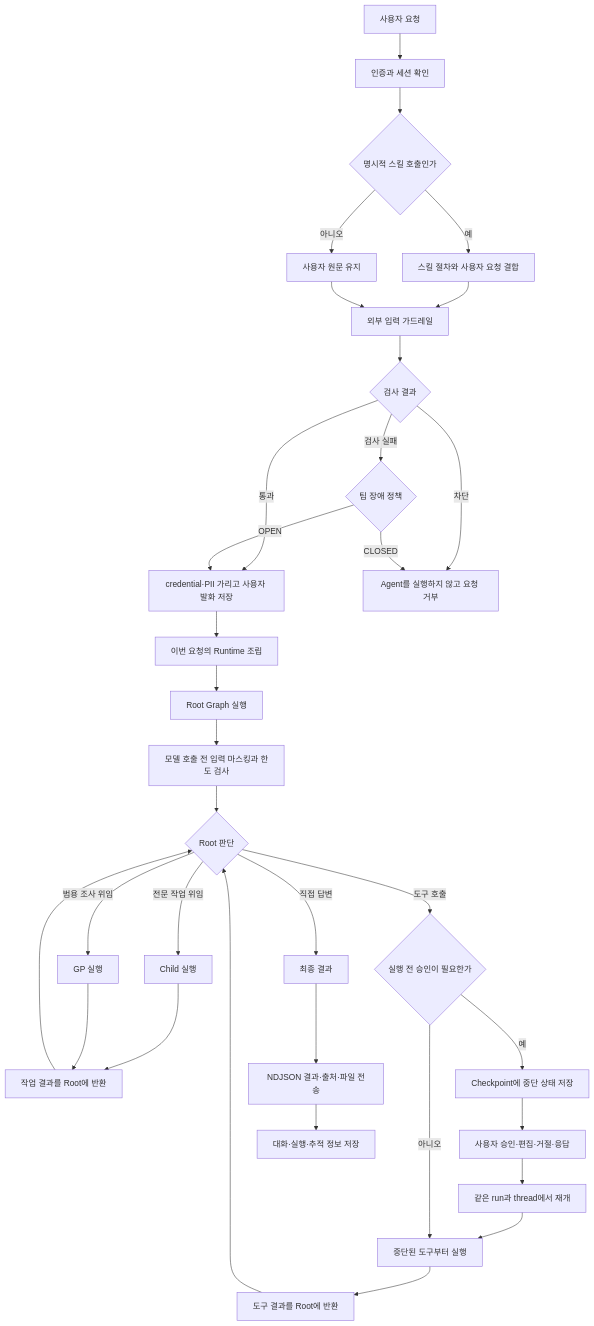
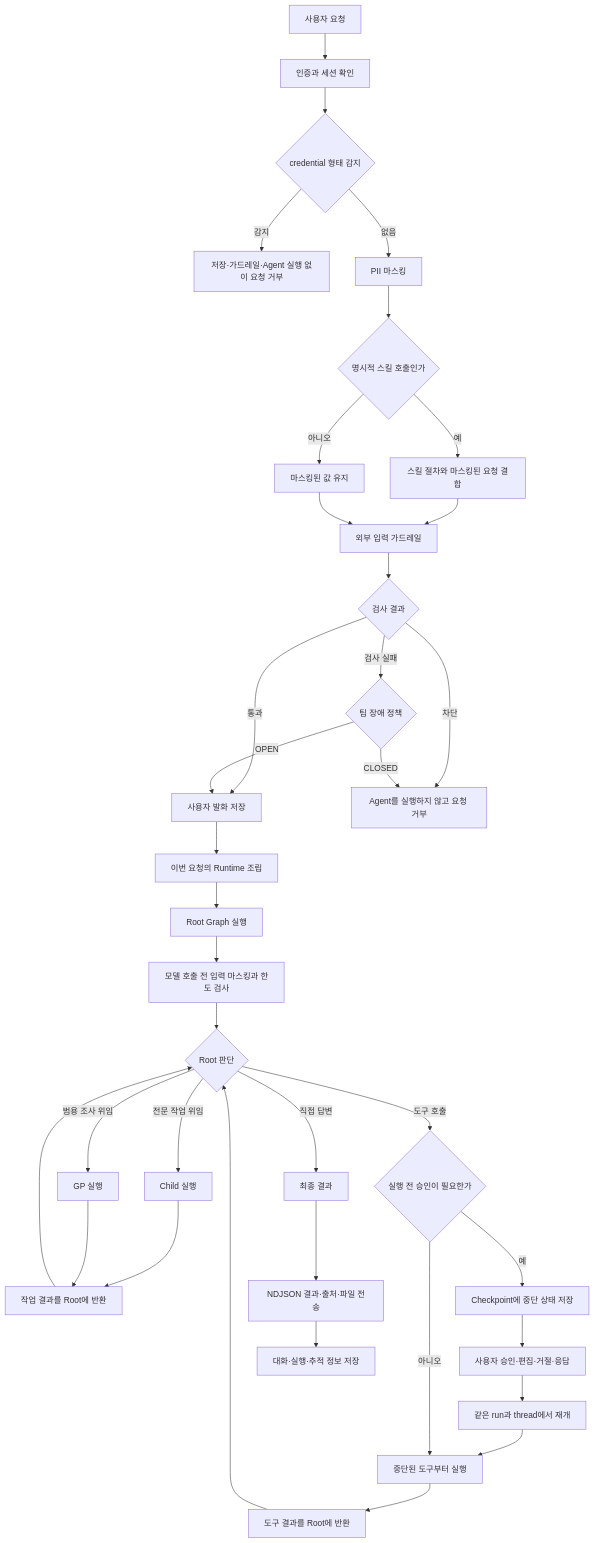
The diagram in docs/설계 및 구현/3_중간발표 이후/작업기록/Juyeon_Agents_Description/01_에이전트_내부_동작_상세_설명.md (SKNETWORKS-FAMILY-AICAMP/SKN29-FINAL-2TEAM), drawn with Mermaid before and after one commit. The commit also changed other lines of this file and 2 other files, not shown here.

Commit message:
refactor: 마스킹 수정

````diff
--- a/docs/설계 및 구현/3_중간발표 이후/작업기록/Juyeon_Agents_Description/01_에이전트_내부_동작_상세_설명.md
+++ b/docs/설계 및 구현/3_중간발표 이후/작업기록/Juyeon_Agents_Description/01_에이전트_내부_동작_상세_설명.md
@@ -7,35 +7,38 @@
 ```mermaid
 flowchart TD
     A[사용자 요청] --> B[인증과 세션 확인]
-    B --> C{명시적 스킬 호출인가}
-    C -->|예| C1[스킬 절차와 사용자 요청 결합]
-    C -->|아니오| C2[사용자 원문 유지]
+    B --> B1{credential 형태 감지}
+    B1 -->|감지| X1[저장·가드레일·Agent 실행 없이 요청 거부]
+    B1 -->|없음| B2[PII 마스킹]
+    B2 --> C{명시적 스킬 호출인가}
+    C -->|예| C1[스킬 절차와 마스킹된 요청 결합]
+    C -->|아니오| C2[마스킹된 값 유지]
     C1 --> D[외부 입력 가드레일]
     C2 --> D
     D --> E{검사 결과}
-    E -->|통과| F[credential·PII 가리고 사용자 발화 저장]
+    E -->|통과| F[사용자 발화 저장]
     E -->|차단| X[Agent를 실행하지 않고 요청 거부]
     E -->|검사 실패| E1{팀 장애 정책}
     E1 -->|OPEN| F
     E1 -->|CLOSED| X
     F --> G[이번 요청의 Runtime 조립]
     G --> H[Root Graph 실행]
     H --> I[모델 호출 전 입력 마스킹과 한도 검사]
     I --> J{Root 판단}
     J -->|직접 답변| Z[최종 결과]
     J -->|전문 작업 위임| K[Child 실행]
     J -->|범용 조사 위임| L[GP 실행]
     K --> M[작업 결과를 Root에 반환]
     L --> M
     M --> J
     J -->|도구 호출| N{실행 전 승인이 필요한가}
     N -->|예| O[Checkpoint에 중단 상태 저장]
     O --> P[사용자 승인·편집·거절·응답]
     P --> Q[같은 run과 thread에서 재개]
     Q --> R[중단된 도구부터 실행]
     N -->|아니오| R
     R --> S[도구 결과를 Root에 반환]
     S --> J
     Z --> T[NDJSON 결과·출처·파일 전송]
     T --> U[대화·실행·추적 정보 저장]
 ```
````
